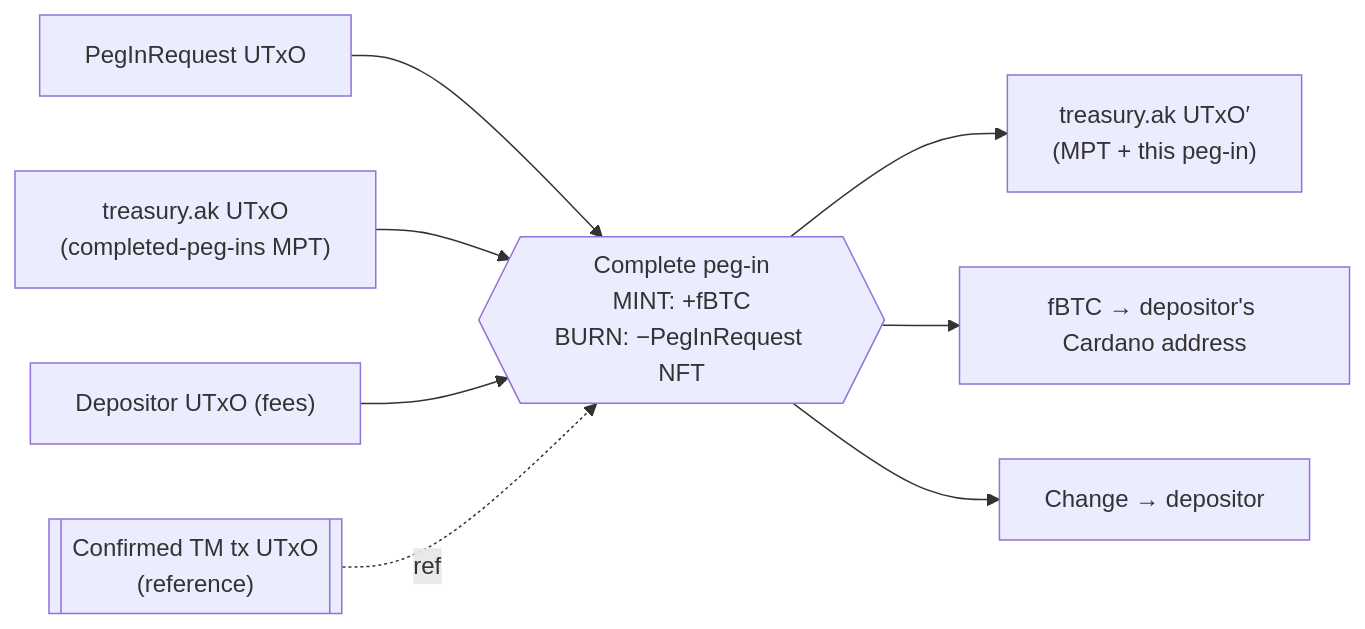
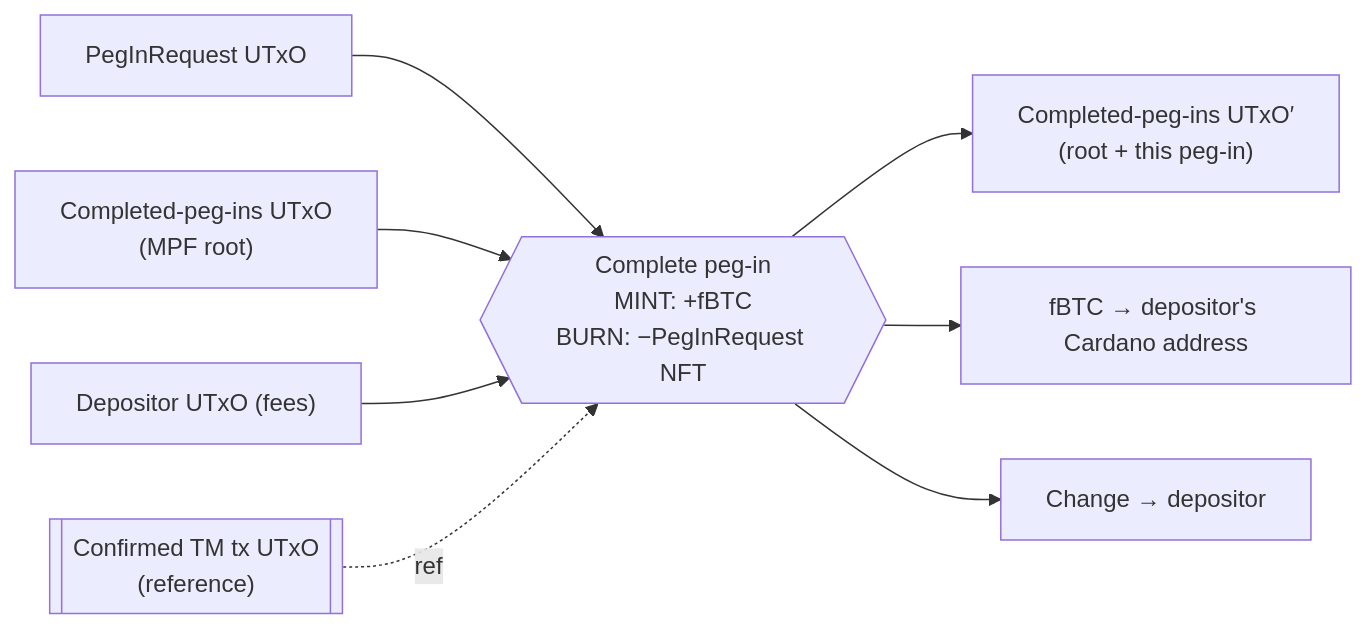
The seventh of 10 diagrams in documentation/technical_documentation.md (FluidTokens/ft-bifrost-bridge), drawn with Mermaid before and after one commit. The commit also changed other lines of this file, not shown here.

````diff
--- a/documentation/technical_documentation.md
+++ b/documentation/technical_documentation.md
@@ -859,10 +885,10 @@
 ```mermaid
 flowchart LR
   pir["PegInRequest UTxO"] --> tx{{"Complete peg-in<br/>MINT: +fBTC<br/>BURN: −PegInRequest NFT"}}
-  tres_in["treasury.ak UTxO<br/>(completed-peg-ins MPT)"] --> tx
+  cpi_in["Completed-peg-ins UTxO<br/>(MPF root)"] --> tx
   dep["Depositor UTxO (fees)"] --> tx
   conf_ref[["Confirmed TM tx UTxO<br/>(reference)"]] -. ref .-> tx
-  tx --> tres_out["treasury.ak UTxO′<br/>(MPT + this peg-in)"]
+  tx --> cpi_out["Completed-peg-ins UTxO′<br/>(root + this peg-in)"]
   tx --> fbtc["fBTC → depositor's Cardano address"]
   tx --> change["Change → depositor"]
 ```
````
